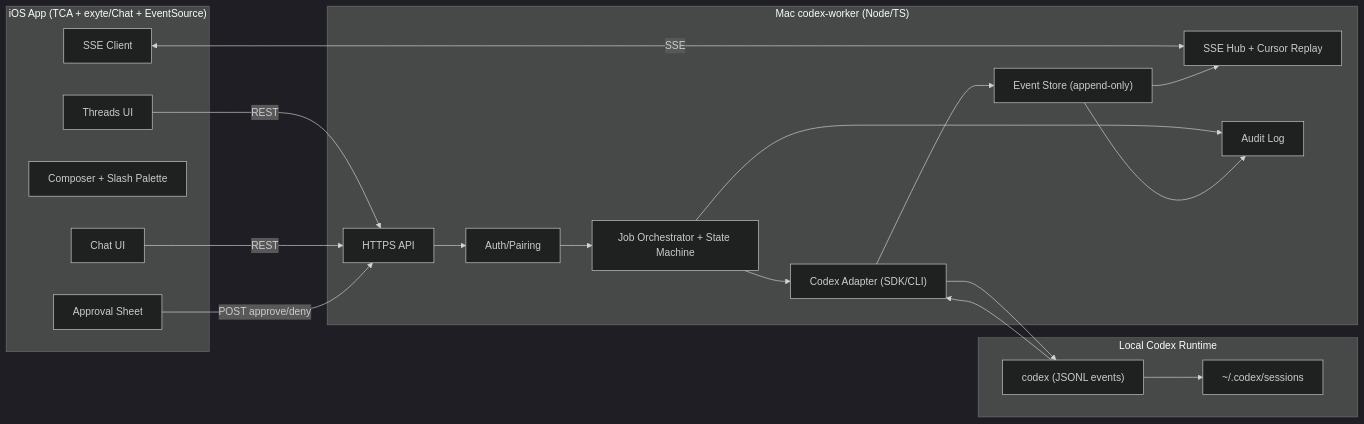
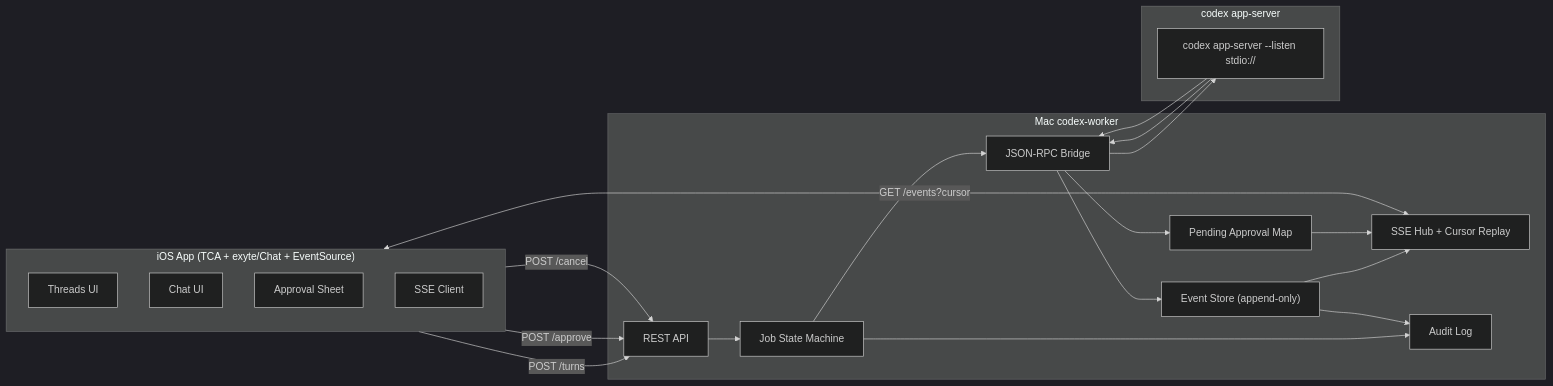
One commit to mjmkk/opencodex changed the first of 3 diagrams in mvp-architecture.md. Above: the diagram before and after it, drawn with Mermaid (dark theme). The commit also changed other lines of this file and 1 other file, not shown here.

````diff
--- a/mvp-architecture.md
+++ b/mvp-architecture.md
@@ -37,36 +76,34 @@
 ```mermaid
 flowchart LR
   subgraph iOS["iOS App (TCA + exyte/Chat + EventSource)"]
     ThreadsUI["Threads UI"]
     ChatUI["Chat UI"]
-    Composer["Composer + Slash Palette"]
     ApprovalSheet["Approval Sheet"]
     SSEClient["SSE Client"]
   end
 
-  subgraph Worker["Mac codex-worker (Node/TS)"]
-    API["HTTPS API"]
-    Auth["Auth/Pairing"]
-    Job["Job Orchestrator + State Machine"]
-    Adapter["Codex Adapter (SDK/CLI)"]
-    EventHub["SSE Hub + Cursor Replay"]
-    Store["Event Store (append-only)"]
+  subgraph Worker["Mac codex-worker"]
+    HTTP["REST API"]
+    SSEHub["SSE Hub + Cursor Replay"]
+    JobSM["Job State Machine"]
+    ApprovalMap["Pending Approval Map"]
+    EventStore["Event Store (append-only)"]
     Audit["Audit Log"]
+    RPCBridge["JSON-RPC Bridge"]
   end
 
-  subgraph LocalCodex["Local Codex Runtime"]
-    CLI["codex (JSONL events)"]
-    Sess["~/.codex/sessions"]
+  subgraph Codex["codex app-server"]
+    AppServer["codex app-server --listen stdio://"]
   end
 
-  ThreadsUI -->|REST| API
-  ChatUI -->|REST| API
-  SSEClient <-->|SSE| EventHub
-  ApprovalSheet -->|POST approve/deny| API
+  iOS -->|POST /turns| HTTP
+  iOS -->|POST /approve| HTTP
+  iOS -->|POST /cancel| HTTP
+  iOS <-->|GET /events?cursor| SSEHub
 
-  API --> Auth --> Job
-  Job --> Adapter --> CLI --> Sess
-  CLI --> Adapter --> Store --> EventHub
-  Job --> Audit
-  Store --> Audit
+  HTTP --> JobSM --> RPCBridge --> AppServer
+  AppServer --> RPCBridge --> EventStore --> SSEHub
+  AppServer --> RPCBridge --> ApprovalMap --> SSEHub
+  JobSM --> Audit
+  EventStore --> Audit
 ```
````
